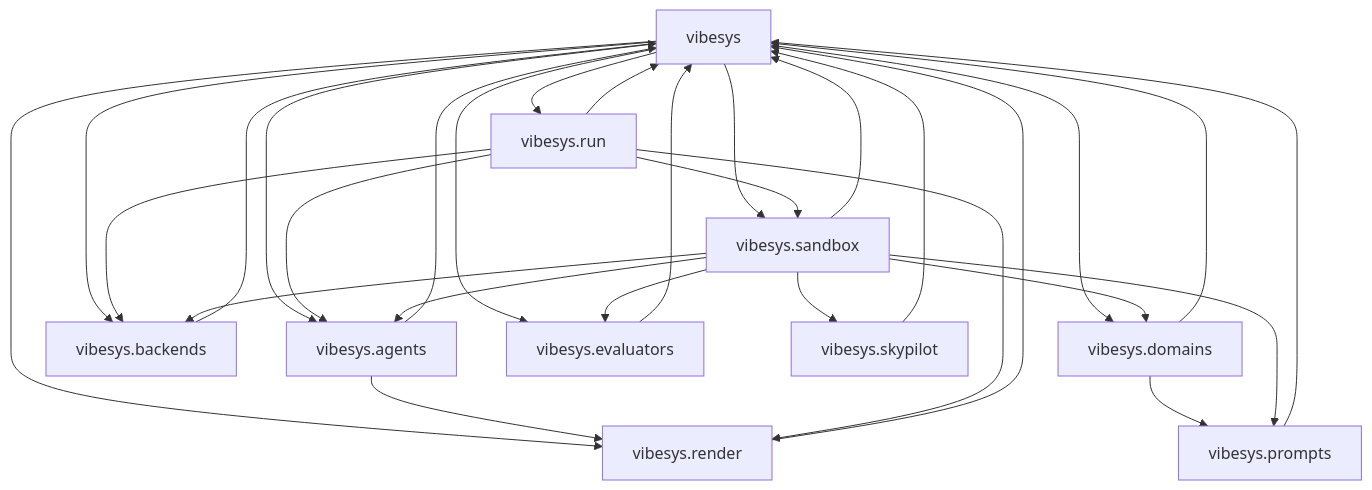
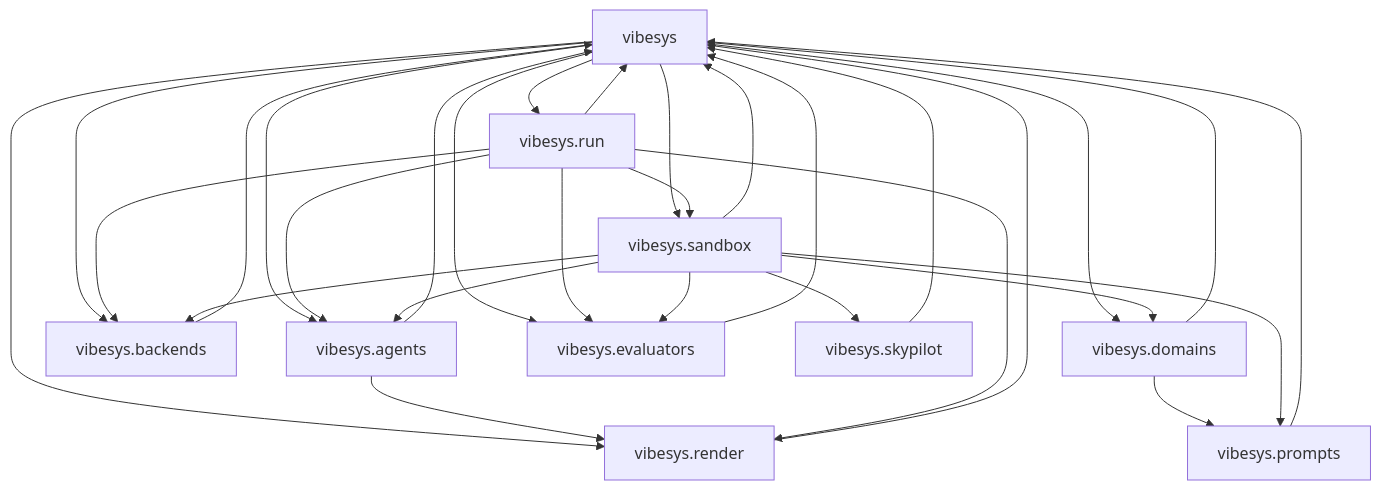
One commit to AyanBinRafaih/vibe-serve changed the second of 3 diagrams in docs/contributing/architecture.md. Above: the diagram before and after it, drawn with Mermaid. The commit also changed other lines of this file and 53 other files, not shown here.

````diff
--- a/docs/contributing/architecture.md
+++ b/docs/contributing/architecture.md
@@ -49,31 +49,32 @@
 ```mermaid
 graph TD
     vibesys --> vibesys.agents
     vibesys --> vibesys.backends
     vibesys --> vibesys.domains
     vibesys --> vibesys.evaluators
     vibesys --> vibesys.render
     vibesys --> vibesys.run
     vibesys --> vibesys.sandbox
     vibesys.agents --> vibesys
     vibesys.agents --> vibesys.render
     vibesys.backends --> vibesys
     vibesys.domains --> vibesys
     vibesys.domains --> vibesys.prompts
     vibesys.evaluators --> vibesys
     vibesys.prompts --> vibesys
     vibesys.render --> vibesys
     vibesys.run --> vibesys
     vibesys.run --> vibesys.agents
     vibesys.run --> vibesys.backends
+    vibesys.run --> vibesys.evaluators
     vibesys.run --> vibesys.render
     vibesys.run --> vibesys.sandbox
     vibesys.sandbox --> vibesys
     vibesys.sandbox --> vibesys.agents
     vibesys.sandbox --> vibesys.backends
     vibesys.sandbox --> vibesys.domains
     vibesys.sandbox --> vibesys.evaluators
     vibesys.sandbox --> vibesys.prompts
     vibesys.sandbox --> vibesys.skypilot
     vibesys.skypilot --> vibesys
 ```
````
